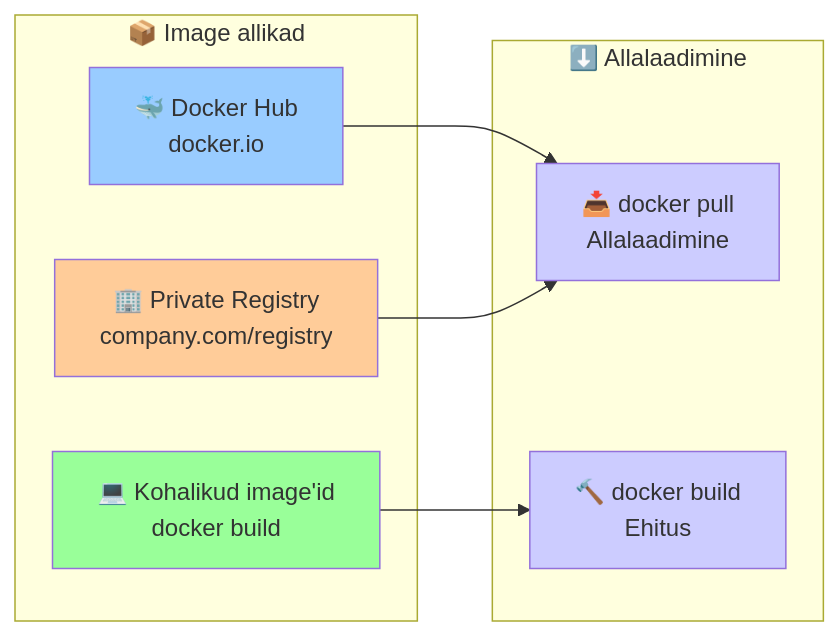
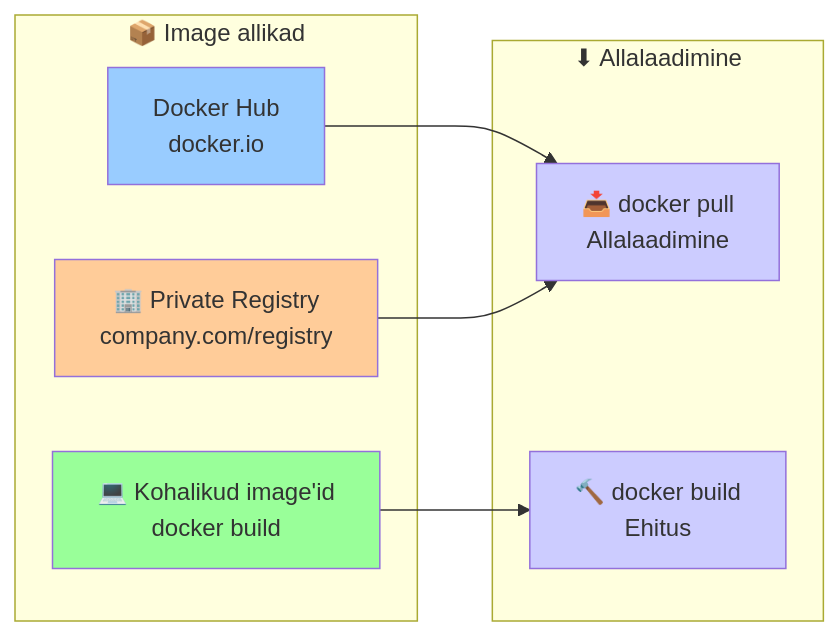
Before and after one commit to mtalvik/automation: the tenth of 17 diagrams in docs/docker_orchestration/lecture.md, drawn with Mermaid. The commit also changed other lines of this file and 168 other files, not shown here.

````diff
--- a/docs/docker_orchestration/lecture.md
+++ b/docs/docker_orchestration/lecture.md
@@ -528,23 +528,23 @@
 ```mermaid
 graph LR
     subgraph "📦 Image allikad"
-        DockerHub[🐳 Docker Hub<br/>docker.io]
+        DockerHub[ Docker Hub<br/>docker.io]
         Private[🏢 Private Registry<br/>company.com/registry]
         Local[💻 Kohalikud image'id<br/>docker build]
     end
     
-    subgraph "⬇️ Allalaadimine"
+    subgraph "⬇ Allalaadimine"
         Pull[📥 docker pull<br/>Allalaadimine]
         Build[🔨 docker build<br/>Ehitus]
     end
     
     DockerHub --> Pull
     Private --> Pull
     Local --> Build
     
     style DockerHub fill:#99ccff
     style Private fill:#ffcc99
     style Local fill:#99ff99
     style Pull fill:#ccccff
     style Build fill:#ccccff
 ```
````
